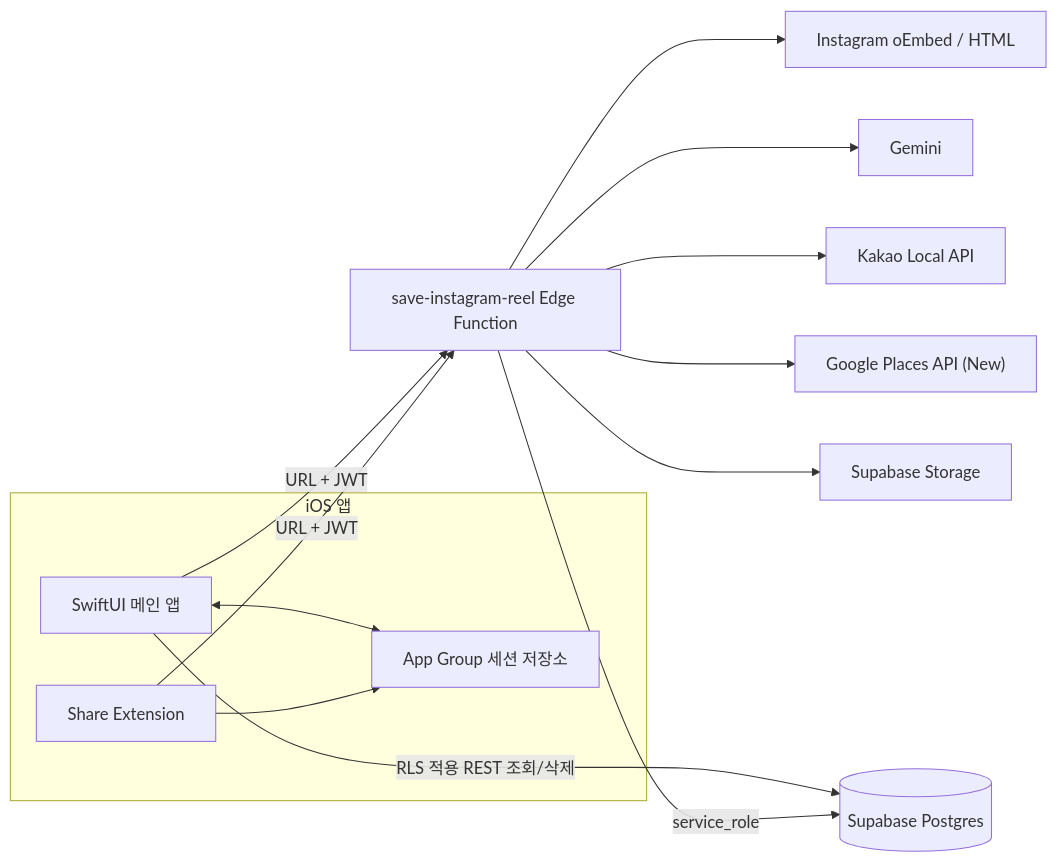
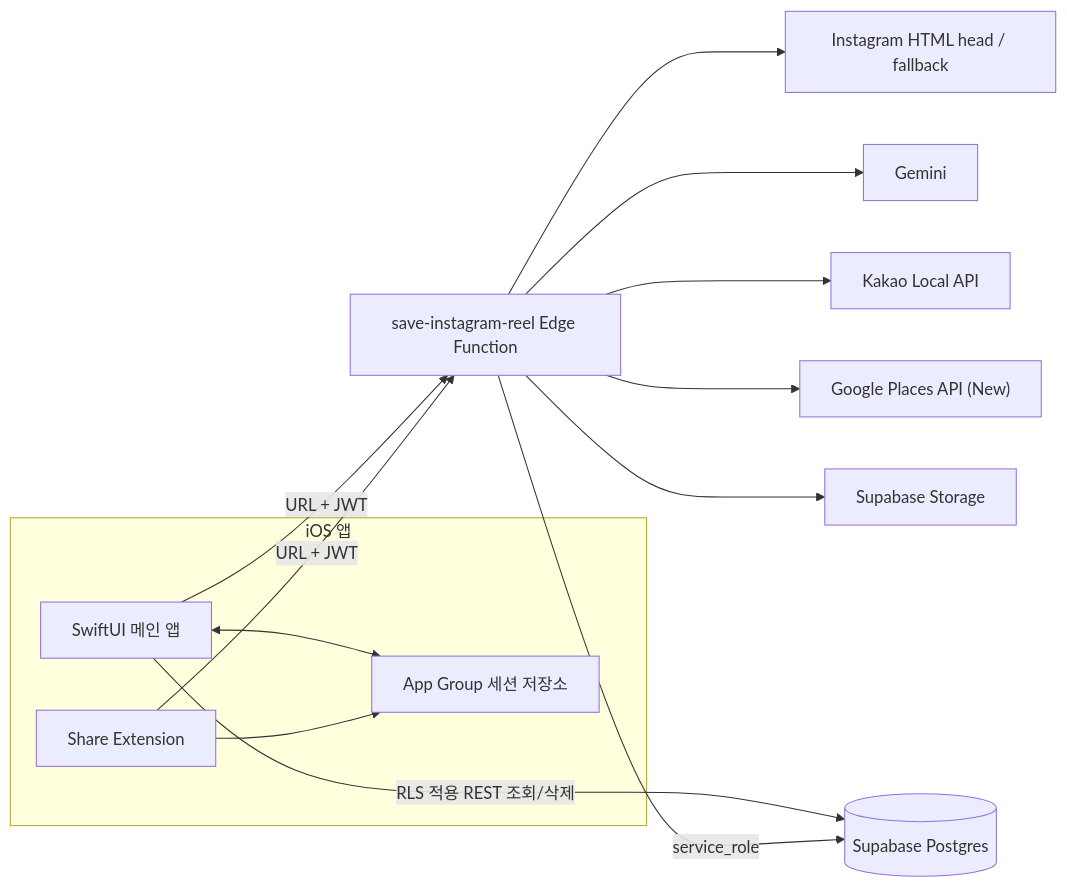
One commit to Jiihyun/yeogidam changed the first of 2 diagrams in docs/architecture.md. Above: the diagram before and after it, drawn with Mermaid. The commit also changed other lines of this file and 5 other files, not shown here.

````diff
--- a/docs/architecture.md
+++ b/docs/architecture.md
@@ -20,21 +20,21 @@
 ```mermaid
 flowchart LR
     subgraph IOS["iOS 앱"]
         APP["SwiftUI 메인 앱"]
         SHARE["Share Extension"]
         GROUP["App Group 세션 저장소"]
         APP <--> GROUP
         SHARE --> GROUP
     end
 
     APP -->|"URL + JWT"| FN["save-instagram-reel Edge Function"]
     SHARE -->|"URL + JWT"| FN
     APP -->|"RLS 적용 REST 조회/삭제"| DB[("Supabase Postgres")]
 
-    FN --> IG["Instagram oEmbed / HTML"]
+    FN --> IG["Instagram HTML head / fallback"]
     FN --> GEMINI["Gemini"]
     FN --> KAKAO["Kakao Local API"]
     FN --> GOOGLE["Google Places API (New)"]
     FN --> STORAGE["Supabase Storage"]
     FN -->|"service_role"| DB
 ```
````
